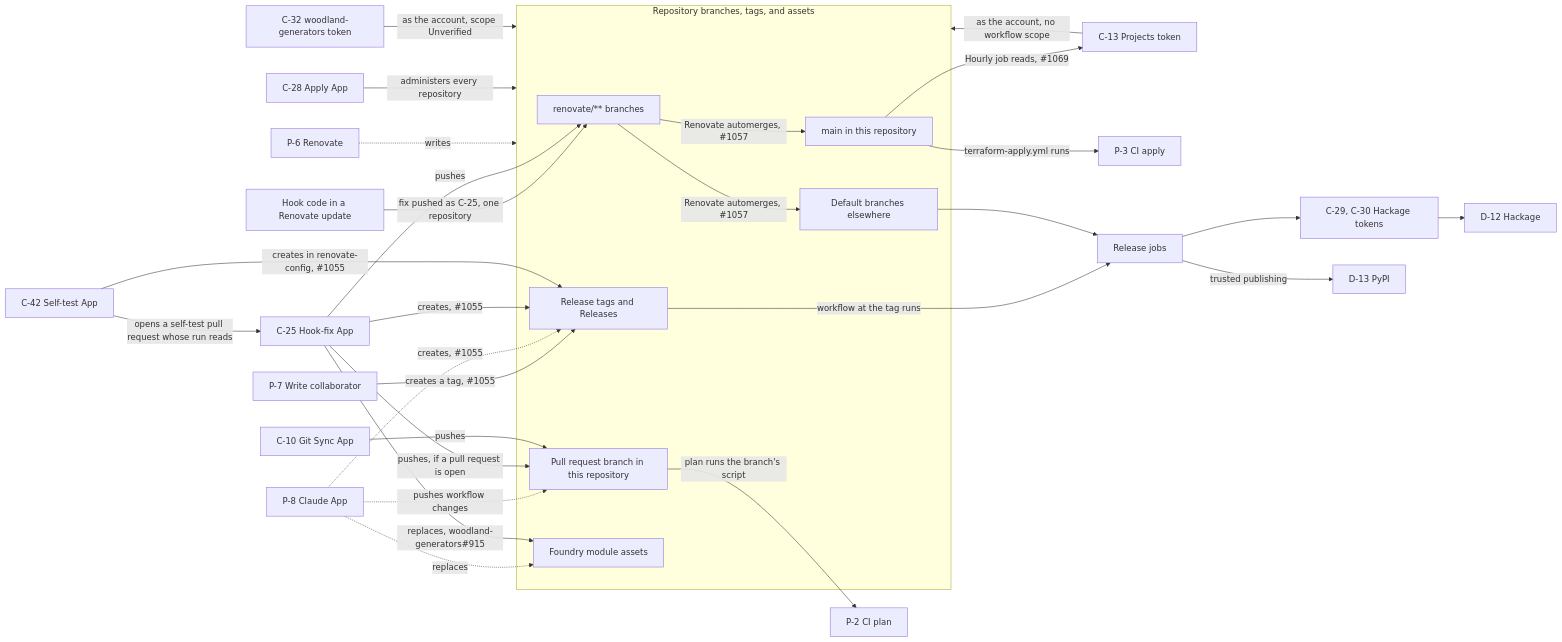
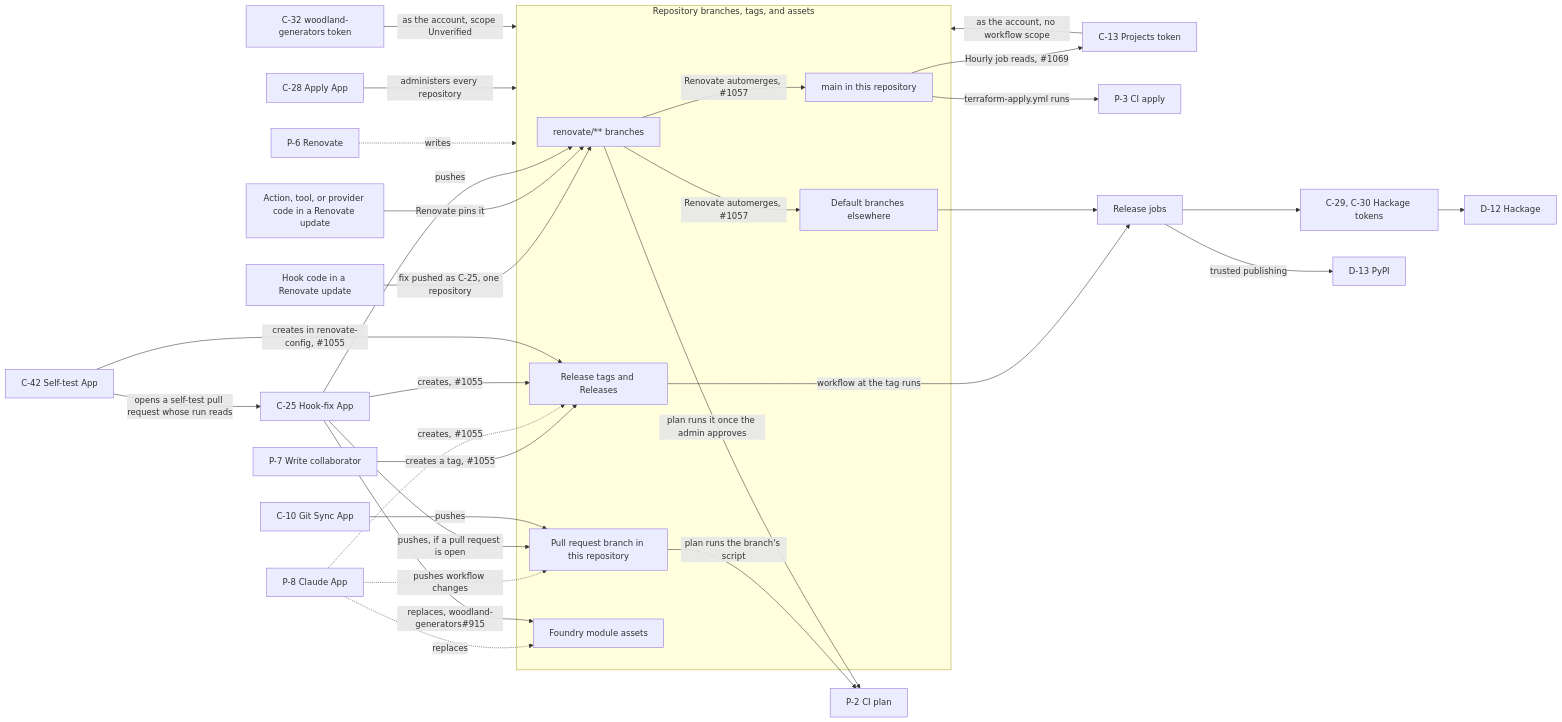
Before and after one commit to alunduil/alunduil-infrastructure: the first of 2 diagrams in docs/explanation/credential-reachability.md, drawn with Mermaid. The commit also changed other lines of this file and 5 other files, not shown here.

First line of the commit message:
Hold Renovate's plan until the admin approves it (#1399)

````diff
--- a/docs/explanation/credential-reachability.md
+++ b/docs/explanation/credential-reachability.md
@@ -72,60 +72,63 @@
 ```mermaid
 flowchart LR
   hook["Hook code in a Renovate update"]
+  upstream["Action, tool, or provider code in a Renovate update"]
   p7["P-7 Write collaborator"]
   p6["P-6 Renovate"]
   p8["P-8 Claude App"]
   c25["C-25 Hook-fix App"]
   c42["C-42 Self-test App"]
   c10["C-10 Git Sync App"]
   c28["C-28 Apply App"]
   c13["C-13 Projects token"]
   c32["C-32 woodland-generators token"]
   tokens["C-29, C-30 Hackage tokens"]
   p2["P-2 CI plan"]
   p3["P-3 CI apply"]
   job["Release jobs"]
   d12["D-12 Hackage"]
   d13["D-13 PyPI"]
 
   subgraph refs["Repository branches, tags, and assets"]
     branch["renovate/** branches"]
     pr["Pull request branch in this repository"]
     infra["main in this repository"]
     other["Default branches elsewhere"]
     tag["Release tags and Releases"]
     assets["Foundry module assets"]
   end
 
   hook -->|"fix pushed as C-25, one repository"| branch
+  upstream -->|"Renovate pins it"| branch
   p7 -->|"creates a tag, #1055"| tag
 
   p6 -.->|"writes"| refs
   c28 -->|"administers every repository"| refs
   c13 -->|"as the account, no workflow scope"| refs
   c32 -->|"as the account, scope Unverified"| refs
 
   p8 -.->|"pushes workflow changes"| pr
   p8 -.->|"creates, #1055"| tag
   p8 -.->|"replaces"| assets
 
   c25 -->|"pushes"| branch
   c25 -->|"pushes, if a pull request is open"| pr
   c25 -->|"creates, #1055"| tag
   c25 -->|"replaces, woodland-generators#915"| assets
   c10 -->|"pushes"| pr
   c42 -->|"opens a self-test pull request whose run reads"| c25
   c42 -->|"creates in renovate-config, #1055"| tag
 
   branch -->|"Renovate automerges, #1057"| infra
   branch -->|"Renovate automerges, #1057"| other
   tag -->|"workflow at the tag runs"| job
   other --> job
 
   pr -->|"plan runs the branch's script"| p2
+  branch -->|"plan runs it once the admin approves"| p2
   infra -->|"terraform-apply.yml runs"| p3
   infra -->|"Hourly job reads, #1069"| c13
   job --> tokens
   job -->|"trusted publishing"| d13
   tokens --> d12
 ```
````
